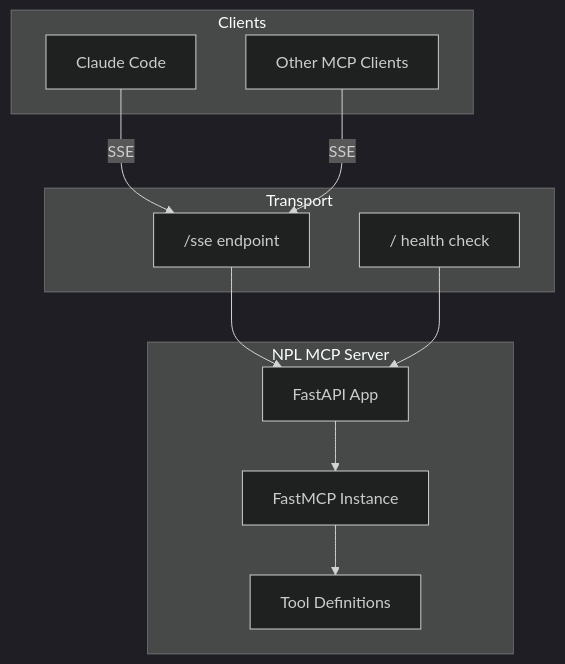
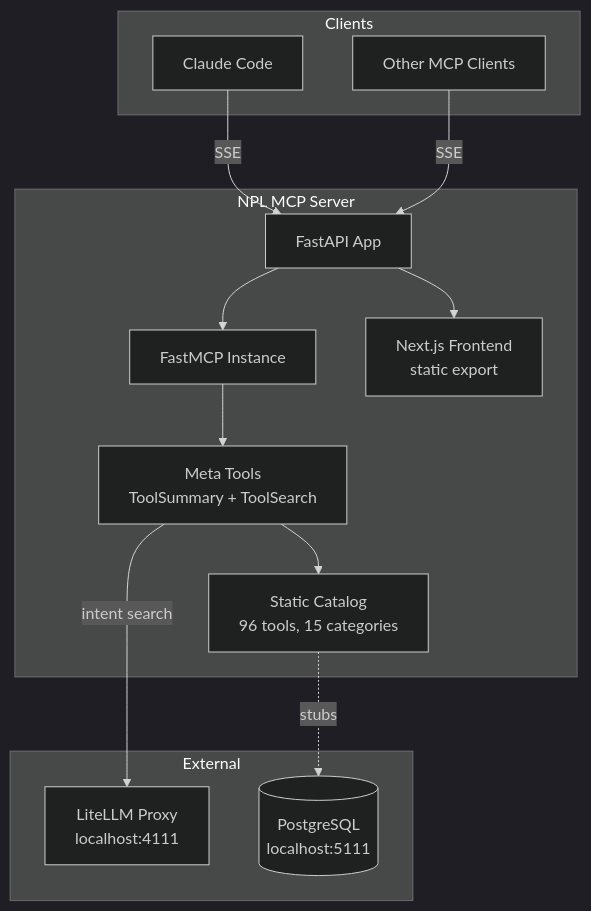
The diagram in docs/PROJ-ARCH.md (noizu-labs-ml/NoizuPromptLingo), drawn with Mermaid (dark theme) before and after one commit. The commit also changed other lines of this file and 46 other files, not shown here.

First line of the commit message:
Add Secret, Rest tools and Discovery catalog with tool registry

````diff
--- a/docs/PROJ-ARCH.md
+++ b/docs/PROJ-ARCH.md
@@ -14,25 +11,29 @@
 ```mermaid
 graph TB
     subgraph Clients
         CC[Claude Code]
         Other[Other MCP Clients]
     end
 
     subgraph "NPL MCP Server"
         API[FastAPI App]
         MCP[FastMCP Instance]
-        Tools[Tool Definitions]
+        Meta[Meta Tools<br/>ToolSummary + ToolSearch]
+        Catalog[Static Catalog<br/>96 tools, 15 categories]
+        FE[Next.js Frontend<br/>static export]
     end
 
-    subgraph Transport
-        SSE["/sse endpoint"]
-        Health["/ health check"]
+    subgraph External
+        LLM[LiteLLM Proxy<br/>localhost:4111]
+        DB[(PostgreSQL<br/>localhost:5111)]
     end
 
-    CC -->|SSE| SSE
-    Other -->|SSE| SSE
-    SSE --> API
+    CC -->|SSE| API
+    Other -->|SSE| API
     API --> MCP
-    MCP --> Tools
-    Health --> API
+    MCP --> Meta
+    Meta --> Catalog
+    Meta -->|intent search| LLM
+    API --> FE
+    Catalog -.->|stubs| DB
 ```
````
